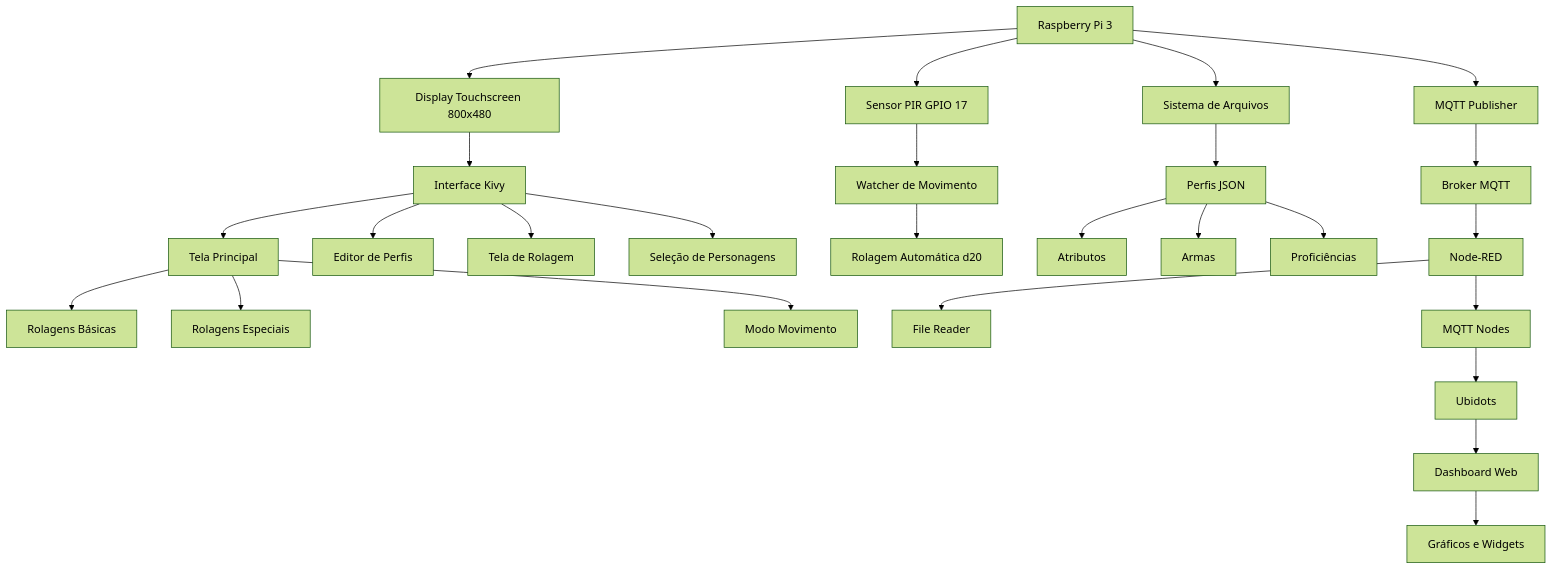
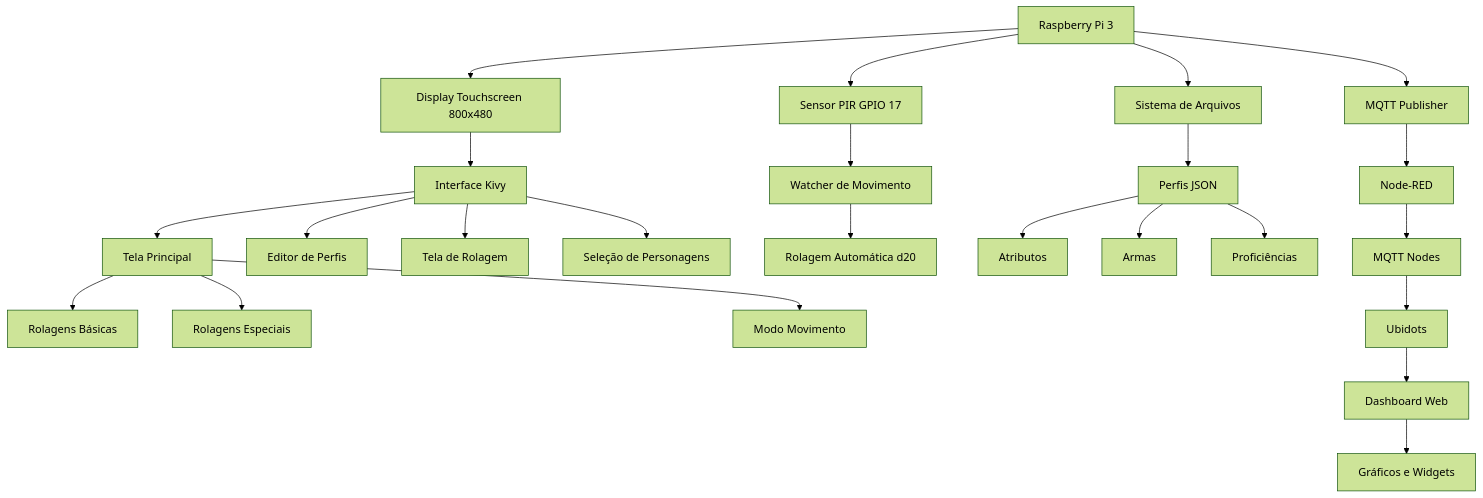
One commit to acramin/t2_micro changed the diagram in README.md. Above: the diagram before and after it, drawn with Mermaid (forest theme).

````diff
--- a/README.md
+++ b/README.md
@@ -48,28 +48,26 @@
 ```mermaid
 graph TD
     A[Raspberry Pi 3] --> B[Display Touchscreen 800x480]
     A --> C[Sensor PIR GPIO 17]
     A --> D[Sistema de Arquivos]
     A --> E[MQTT Publisher]
     B --> F[Interface Kivy]
     F --> G[Tela Principal]
     F --> H[Editor de Perfis]
     F --> I[Tela de Rolagem]
     F --> J[Seleção de Personagens]
     C --> K[Watcher de Movimento]
     K --> L[Rolagem Automática d20]
     D --> M[Perfis JSON]
     M --> N[Atributos]
     M --> O[Armas]
     M --> P[Proficiências]
     G --> Q[Rolagens Básicas]
     G --> R[Rolagens Especiais]
     G --> S[Modo Movimento]
-    E --> T[Broker MQTT]
-    T --> U[Node-RED]
-    U --> V[File Reader]
+    E --> U[Node-RED]
     U --> W[MQTT Nodes]
     W --> X[Ubidots]
     X --> Y[Dashboard Web]
     Y --> Z[Gráficos e Widgets]
 ```
````
